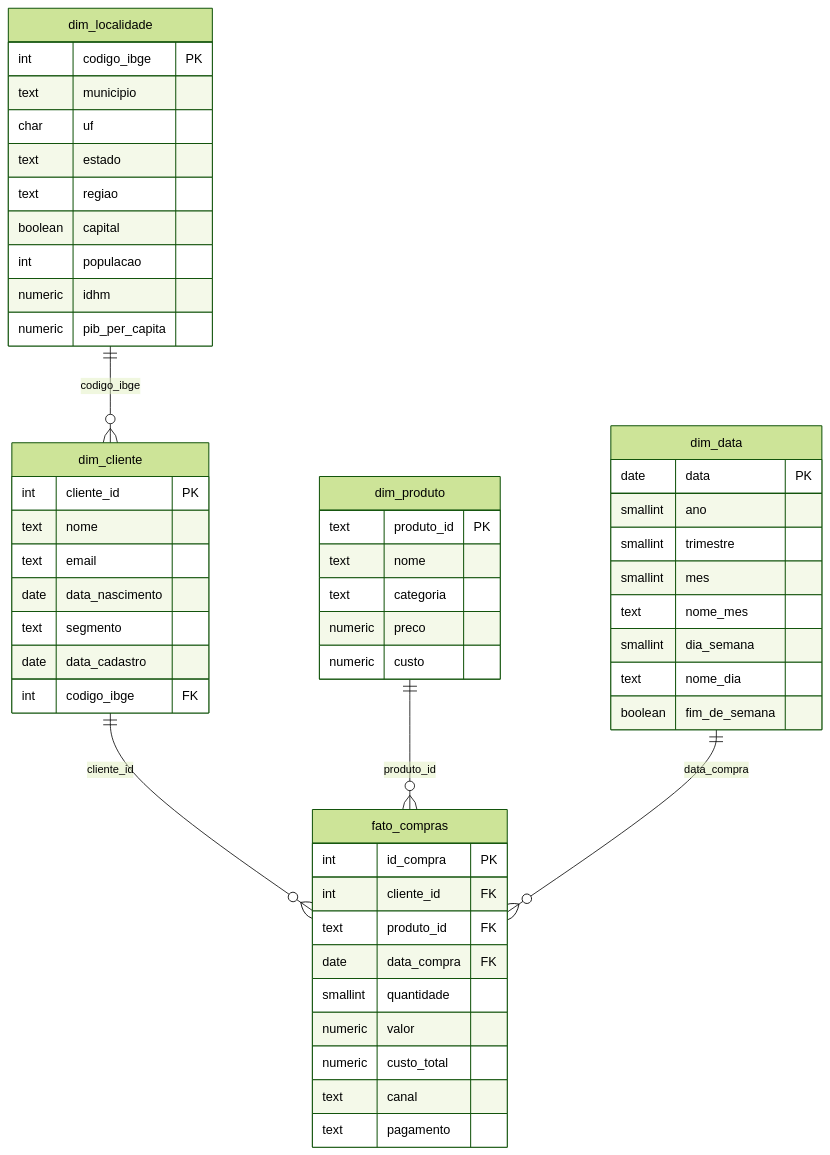
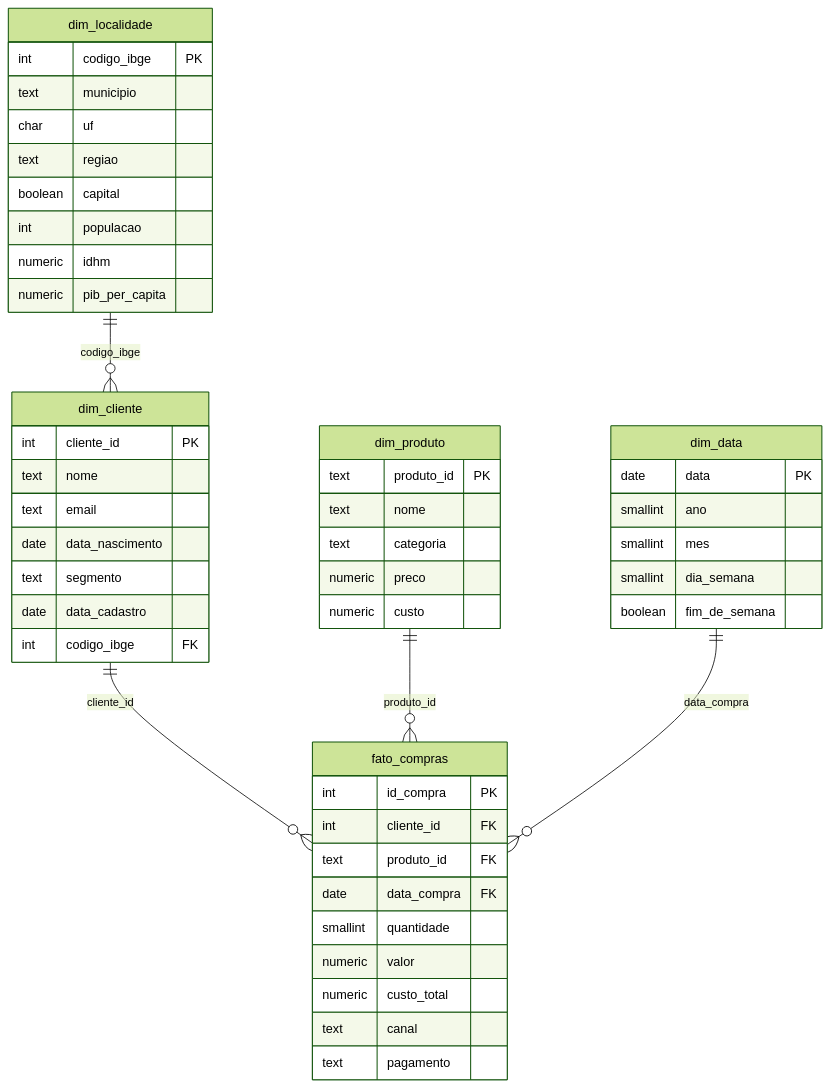
Before and after one commit to Lorenalgm/projeto-integrador-engenharia-dados: the diagram in README.md, drawn with Mermaid (forest theme). The commit also changed other lines of this file, not shown here.

````diff
--- a/README.md
+++ b/README.md
@@ -55,56 +103,52 @@
 ```mermaid
 erDiagram
     dim_localidade ||--o{ dim_cliente : "codigo_ibge"
     dim_cliente ||--o{ fato_compras : "cliente_id"
     dim_produto ||--o{ fato_compras : "produto_id"
     dim_data ||--o{ fato_compras : "data_compra"
 
     fato_compras {
         int id_compra PK
         int cliente_id FK
         text produto_id FK
         date data_compra FK
         smallint quantidade
         numeric valor
         numeric custo_total
         text canal
         text pagamento
     }
     dim_cliente {
         int cliente_id PK
         text nome
         text email
         date data_nascimento
         text segmento
         date data_cadastro
         int codigo_ibge FK
     }
     dim_produto {
         text produto_id PK
         text nome
         text categoria
         numeric preco
         numeric custo
     }
     dim_localidade {
         int codigo_ibge PK
         text municipio
         char uf
-        text estado
         text regiao
         boolean capital
         int populacao
         numeric idhm
         numeric pib_per_capita
     }
     dim_data {
         date data PK
         smallint ano
-        smallint trimestre
         smallint mes
-        text nome_mes
         smallint dia_semana
-        text nome_dia
         boolean fim_de_semana
     }
 ```
````
